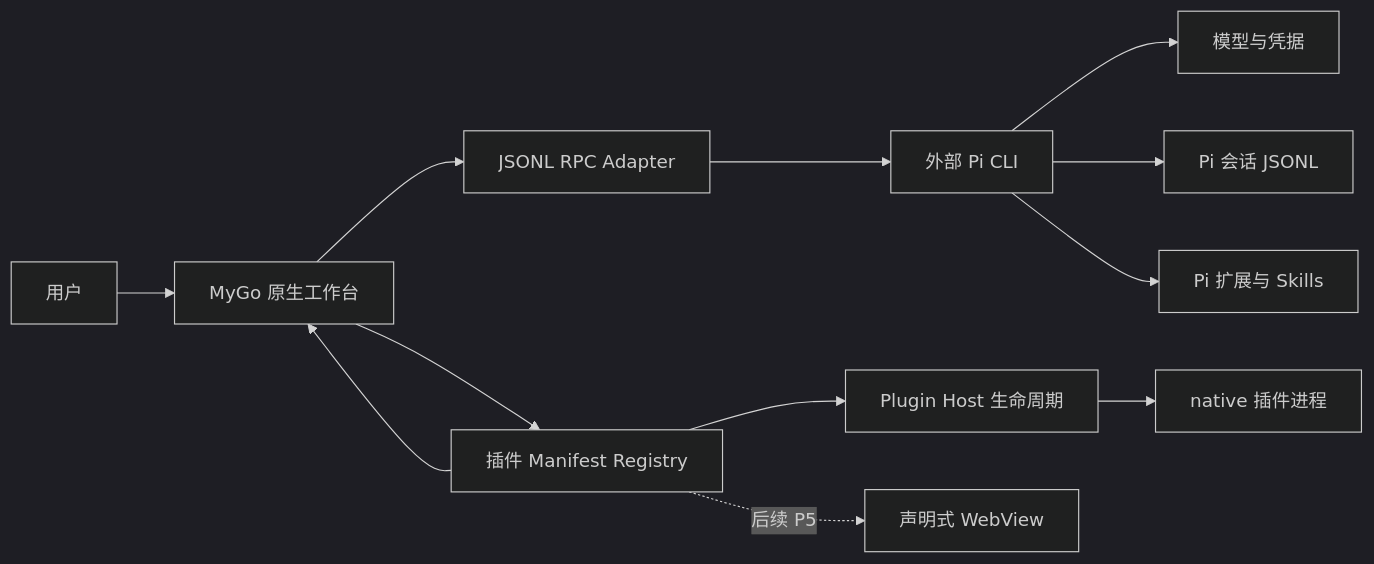
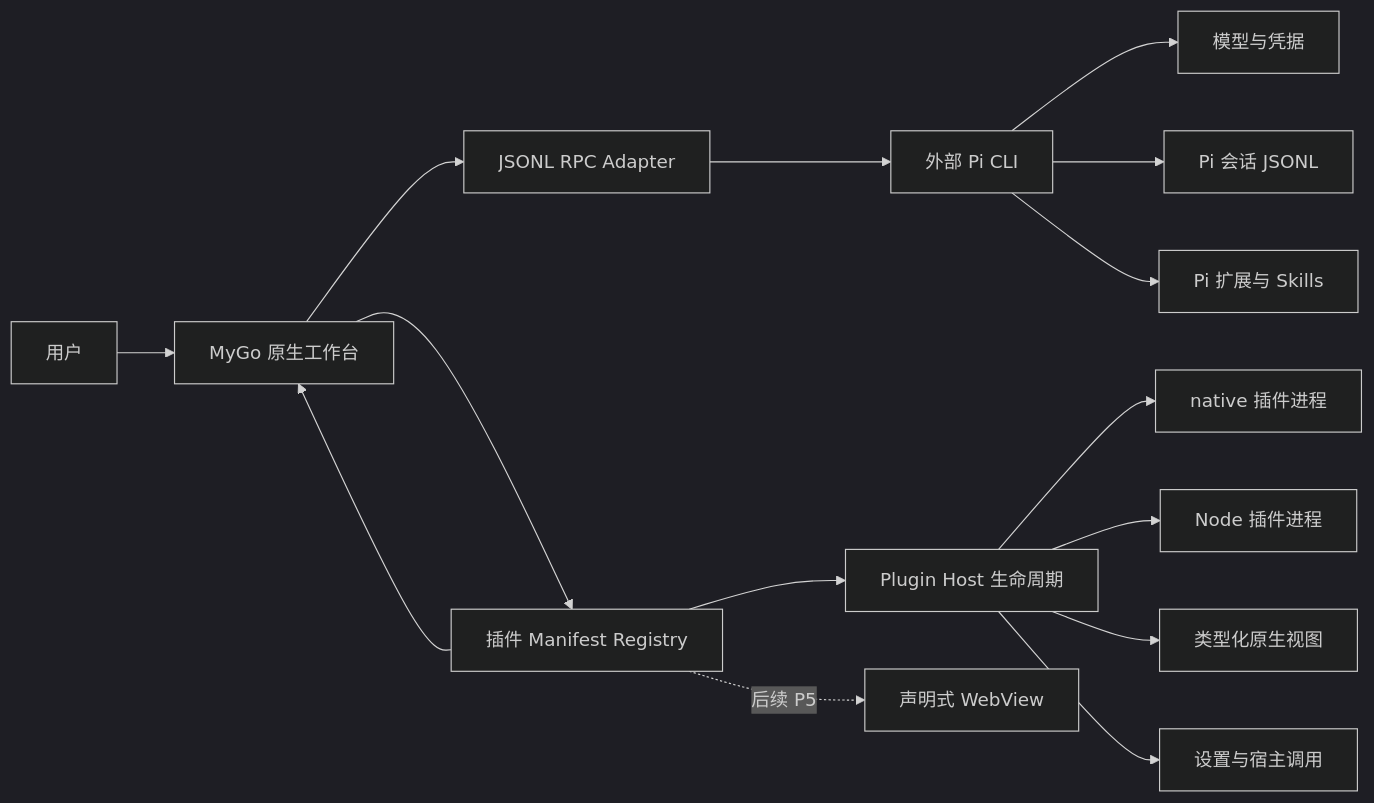
Before and after one commit to lexleizou/byop: the diagram in README.md, drawn with Mermaid (dark theme). The commit also changed other lines of this file and 22 other files, not shown here.

````diff
--- a/README.md
+++ b/README.md
@@ -57,14 +66,17 @@
 ```mermaid
 flowchart LR
     U[用户] --> UI[MyGo 原生工作台]
     UI --> RPC[JSONL RPC Adapter]
     RPC --> P[外部 Pi CLI]
     P --> M[模型与凭据]
     P --> S[Pi 会话 JSONL]
     P --> X[Pi 扩展与 Skills]
     UI --> G[插件 Manifest Registry]
     G --> UI
     G --> H[Plugin Host 生命周期]
     H --> N[native 插件进程]
+    H --> J[Node 插件进程]
+    H --> V[类型化原生视图]
+    H --> C[设置与宿主调用]
     G -. 后续 P5 .-> W[声明式 WebView]
 ```
````
